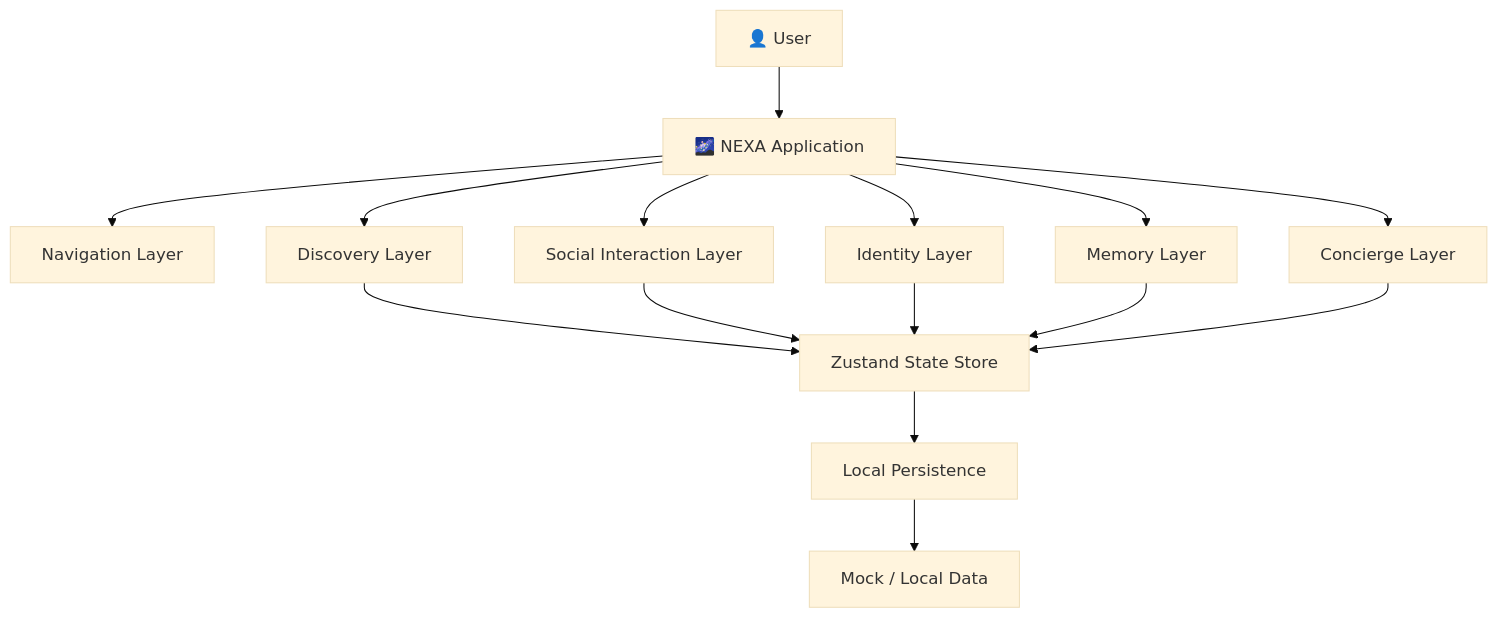
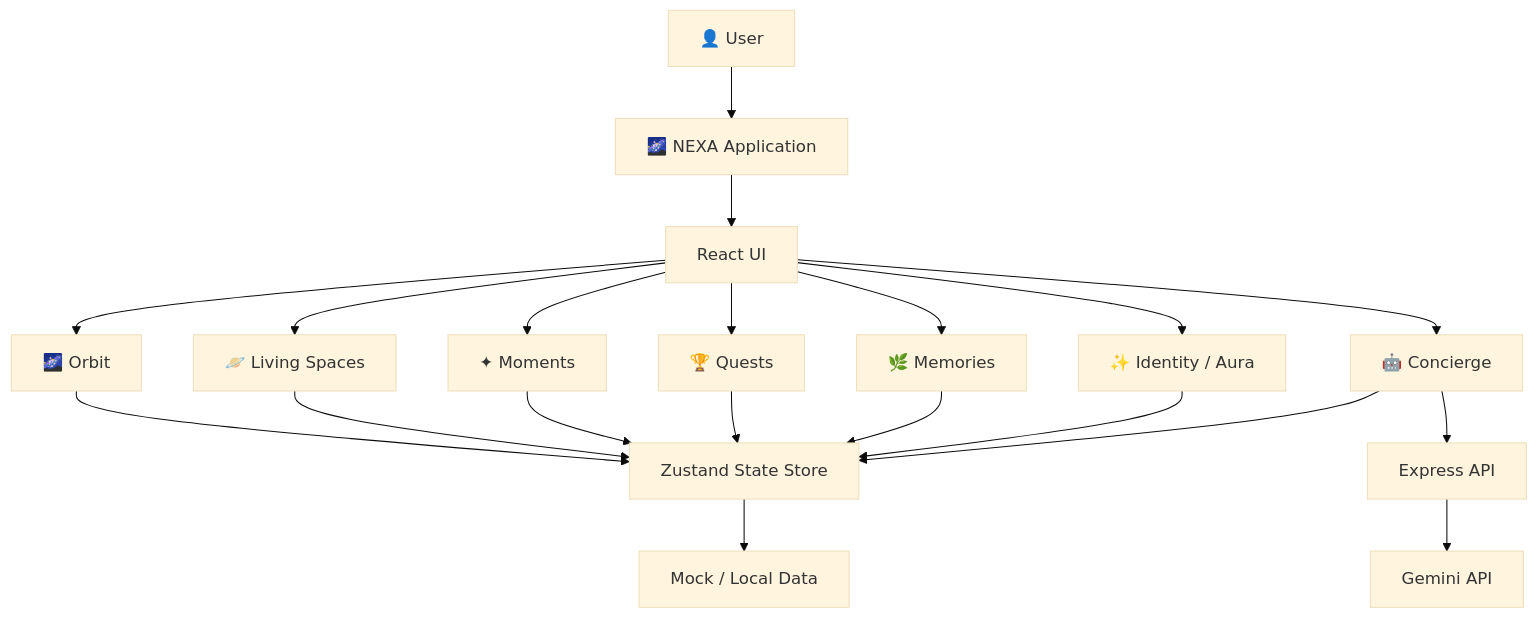
One commit to 23-shivamsingh/NEXA changed the third of 3 diagrams in README.md. Above: the diagram before and after it, drawn with Mermaid (base theme). The commit also changed other lines of this file and 12 other files, not shown here.

````diff
--- a/README.md
+++ b/README.md
@@ -960,38 +1057,49 @@
 ```mermaid
 flowchart TD
 
     USER["👤 User"]
 
     APP["🌌 NEXA Application"]
 
-    NAV["Navigation Layer"]
-    DISCOVERY["Discovery Layer"]
-    SOCIAL["Social Interaction Layer"]
-    IDENTITY["Identity Layer"]
-    MEMORY["Memory Layer"]
-    AI["Concierge Layer"]
+    UI["React UI"]
+
+    ORBIT["🌌 Orbit"]
+    SPACES["🪐 Living Spaces"]
+    MOMENTS["✦ Moments"]
+    QUESTS["🏆 Quests"]
+    MEMORY["🌿 Memories"]
+    IDENTITY["✨ Identity / Aura"]
+    CONCIERGE["🤖 Concierge"]
 
     STATE["Zustand State Store"]
 
-    PERSIST["Local Persistence"]
-
     DATA["Mock / Local Data"]
 
+    API["Express API"]
+
+    AI["Gemini API"]
+
     USER --> APP
+    APP --> UI
 
-    APP --> NAV
-    APP --> DISCOVERY
-    APP --> SOCIAL
-    APP --> IDENTITY
-    APP --> MEMORY
-    APP --> AI
+    UI --> ORBIT
+    UI --> SPACES
+    UI --> MOMENTS
+    UI --> QUESTS
+    UI --> MEMORY
+    UI --> IDENTITY
+    UI --> CONCIERGE
 
-    DISCOVERY --> STATE
-    SOCIAL --> STATE
+    ORBIT --> STATE
+    SPACES --> STATE
+    MOMENTS --> STATE
+    QUESTS --> STATE
+    MEMORY --> STATE
     IDENTITY --> STATE
-    MEMORY --> STATE
-    AI --> STATE
+    CONCIERGE --> STATE
 
-    STATE --> PERSIST
-    PERSIST --> DATA
+    STATE --> DATA
+
+    CONCIERGE --> API
+    API --> AI
 ```
````
